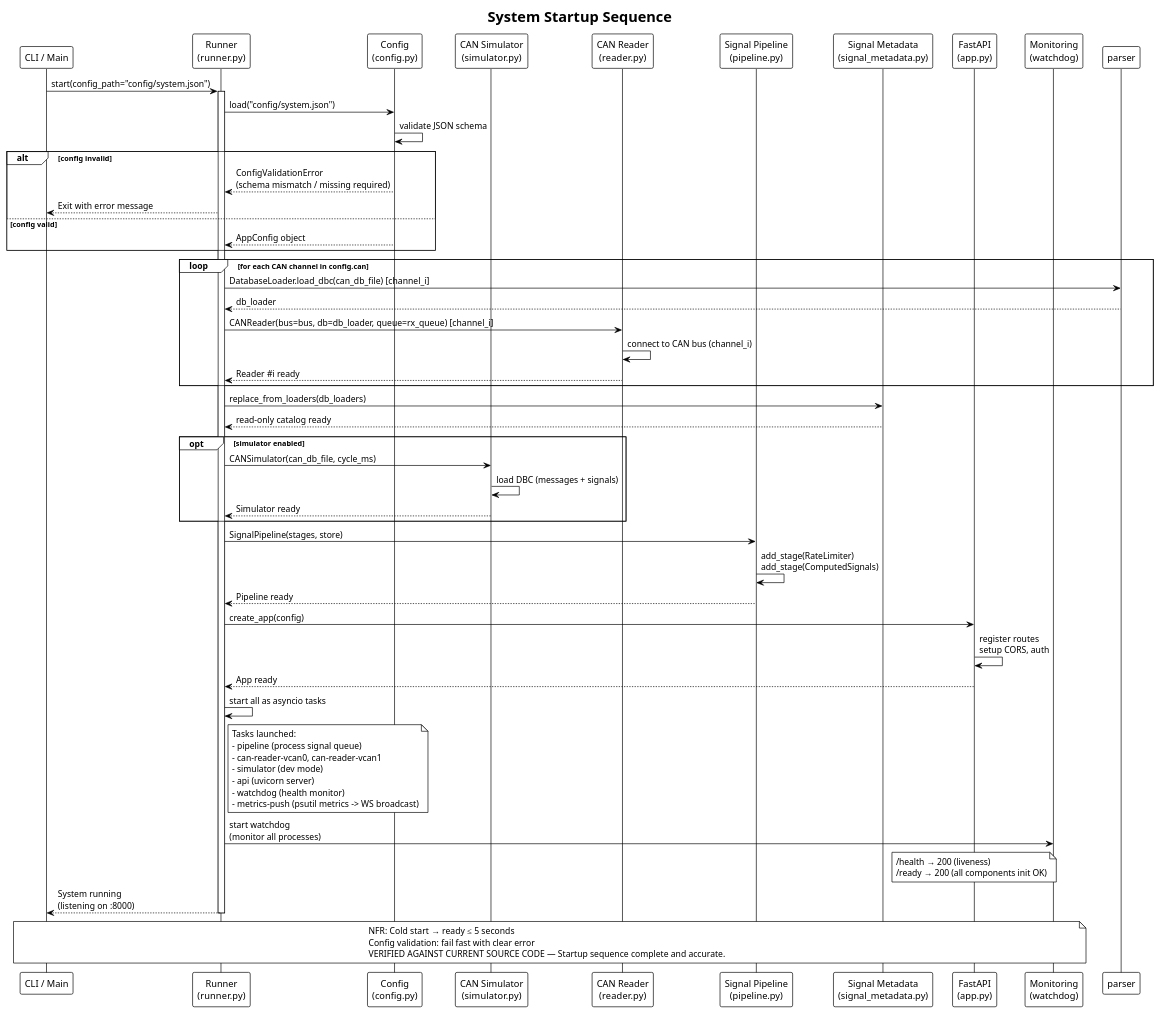
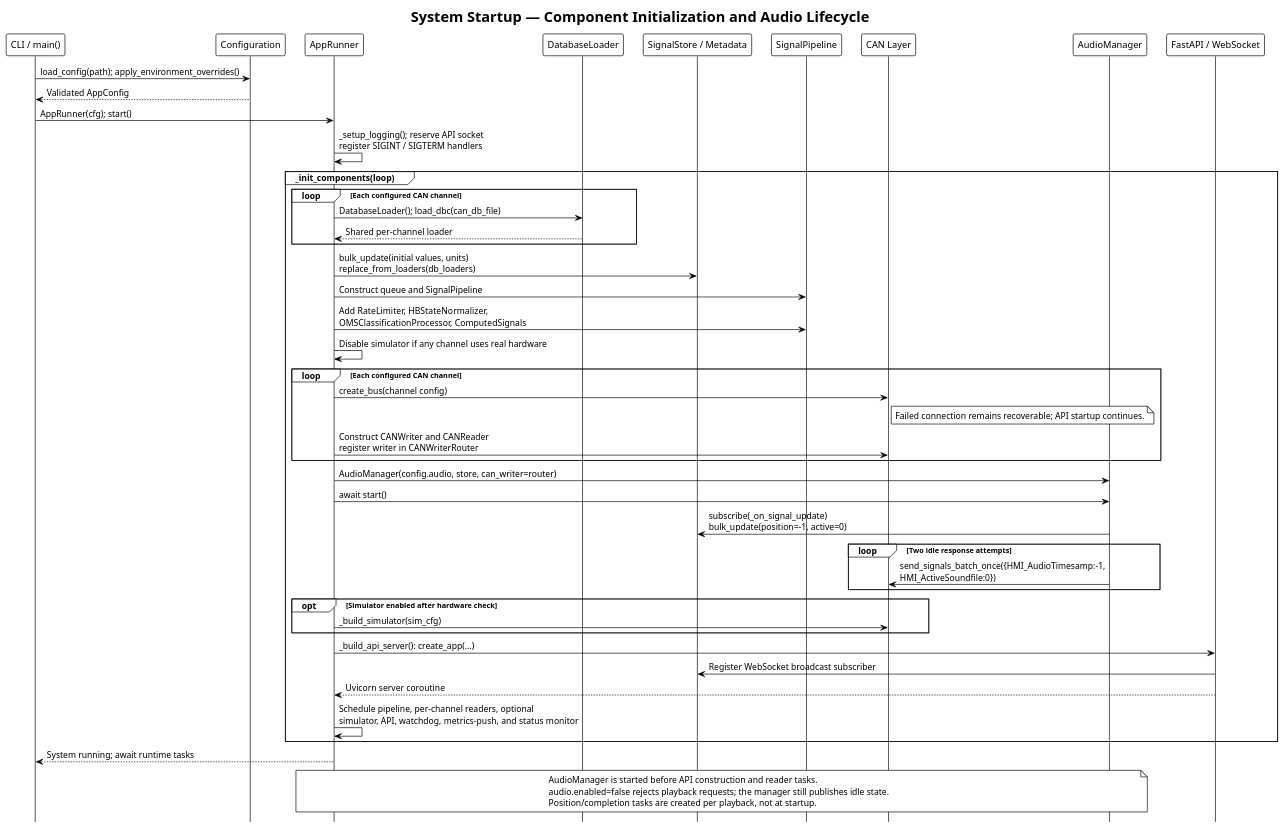
The diagram in diagram/SDD/SDD_sequence_boot_startup.puml (3tdn/car-hmi), drawn with PlantUML before and after one commit. The commit also changed 18 other files, not shown here.

First line of the commit message:
Document SEAL audio demo across SAD, SDD, and user docs

```diff
--- a/diagram/SDD/SDD_sequence_boot_startup.puml
+++ b/diagram/SDD/SDD_sequence_boot_startup.puml
@@ -1,75 +1,58 @@
-@startuml Sequence - System Startup
+@startuml SDD_sequence_boot_startup
 !theme plain
-title System Startup Sequence
+title System Startup — Component Initialization and Audio Lifecycle
+hide footbox
 
-participant "CLI / Main" as cli
-participant "Runner\n(runner.py)" as runner
-participant "Config\n(config.py)" as config
-participant "CAN Simulator\n(simulator.py)" as sim
-participant "CAN Reader\n(reader.py)" as reader
-participant "Signal Pipeline\n(pipeline.py)" as pipe
-participant "Signal Metadata\n(signal_metadata.py)" as metadata
-participant "FastAPI\n(app.py)" as api
-participant "Monitoring\n(watchdog)" as mon
+participant "CLI / main()" as cli
+participant "Configuration" as config
+participant "AppRunner" as runner
+participant "DatabaseLoader" as parser
+participant "SignalStore / Metadata" as store
+participant "SignalPipeline" as pipeline
+participant "CAN Layer" as can
+participant "AudioManager" as audio
+participant "FastAPI / WebSocket" as api
 
-cli -> runner : start(config_path="config/system.json")
-activate runner
+cli -> config : load_config(path); apply_environment_overrides()
+config --> cli : Validated AppConfig
+cli -> runner : AppRunner(cfg); start()
+runner -> runner : _setup_logging(); reserve API socket\nregister SIGINT / SIGTERM handlers
 
-runner -> config : load("config/system.json")
-config -> config : validate JSON schema
-alt config invalid
-    config --> runner : ConfigValidationError\n(schema mismatch / missing required)
-    runner --> cli : Exit with error message
-else config valid
-    config --> runner : AppConfig object
+group _init_components(loop)
+    loop Each configured CAN channel
+        runner -> parser : DatabaseLoader(); load_dbc(can_db_file)
+        parser --> runner : Shared per-channel loader
+    end
+    runner -> store : bulk_update(initial values, units)\nreplace_from_loaders(db_loaders)
+    runner -> pipeline : Construct queue and SignalPipeline
+    runner -> pipeline : Add RateLimiter, HBStateNormalizer,\nOMSClassificationProcessor, ComputedSignals
+    runner -> runner : Disable simulator if any channel uses real hardware
+    loop Each configured CAN channel
+        runner -> can : create_bus(channel config)
+        note right of can : Failed connection remains recoverable; API startup continues.
+        runner -> can : Construct CANWriter and CANReader\nregister writer in CANWriterRouter
+    end
+
+    runner -> audio : AudioManager(config.audio, store, can_writer=router)
+    runner -> audio : await start()
+    audio -> store : subscribe(_on_signal_update)\nbulk_update(position=-1, active=0)
+    loop Two idle response attempts
+        audio -> can : send_signals_batch_once({HMI_AudioTimesamp:-1,\nHMI_ActiveSoundfile:0})
+    end
+    opt Simulator enabled after hardware check
+        runner -> can : _build_simulator(sim_cfg)
+    end
+    runner -> api : _build_api_server(): create_app(...)
+    api -> store : Register WebSocket broadcast subscriber
+    api --> runner : Uvicorn server coroutine
+
+    runner -> runner : Schedule pipeline, per-channel readers, optional\nsimulator, API, watchdog, metrics-push, and status monitor
 end
 
-loop for each CAN channel in config.can
-    runner -> parser : DatabaseLoader.load_dbc(can_db_file) [channel_i]
-    parser --> runner : db_loader
-    runner -> reader : CANReader(bus=bus, db=db_loader, queue=rx_queue) [channel_i]
-    reader -> reader : connect to CAN bus (channel_i)
-    reader --> runner : Reader #i ready
-end
-
-runner -> metadata : replace_from_loaders(db_loaders)
-metadata --> runner : read-only catalog ready
-
-opt simulator enabled
-    runner -> sim : CANSimulator(can_db_file, cycle_ms)
-    sim -> sim : load DBC (messages + signals)
-    sim --> runner : Simulator ready
-end
-
-runner -> pipe : SignalPipeline(stages, store)
-pipe -> pipe : add_stage(RateLimiter)\nadd_stage(ComputedSignals)
-pipe --> runner : Pipeline ready
-
-runner -> api : create_app(config)
-api -> api : register routes\nsetup CORS, auth
-api --> runner : App ready
-
-runner -> runner : start all as asyncio tasks
-note right of runner
-  Tasks launched:
-  - pipeline (process signal queue)
-  - can-reader-vcan0, can-reader-vcan1
-  - simulator (dev mode)
-  - api (uvicorn server)
-  - watchdog (health monitor)
-  - metrics-push (psutil metrics -> WS broadcast)
+runner --> cli : System running; await runtime tasks
+note over runner, audio
+  AudioManager is started before API construction and reader tasks.
+  audio.enabled=false rejects playback requests; the manager still publishes idle state.
+  Position/completion tasks are created per playback, not at startup.
 end note
-runner -> mon : start watchdog\n(monitor all processes)
-
-note over api : /health → 200 (liveness)\n/ready → 200 (all components init OK)
-runner --> cli : System running\n(listening on :8000)
-
-note over cli, mon
-  NFR: Cold start → ready ≤ 5 seconds
-  Config validation: fail fast with clear error
-  VERIFIED AGAINST CURRENT SOURCE CODE — Startup sequence complete and accurate.
-end note
-
-deactivate runner
-
 @enduml
```
